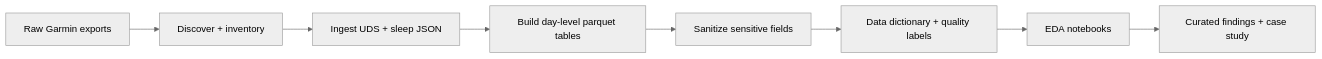
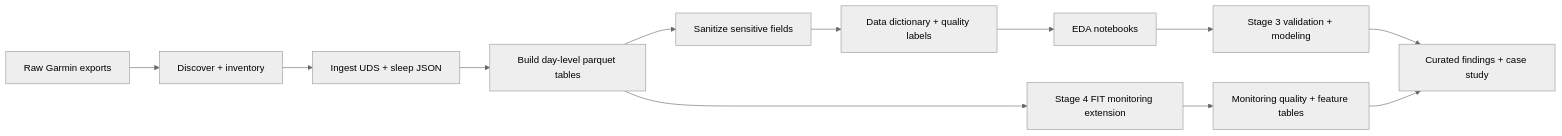
Before and after one commit to AlexBatrakov/wearable-analytics: the diagram in docs/case_study.md, drawn with Mermaid (neutral theme). The commit also changed other lines of this file and 5 other files, not shown here.

Commit message:
docs: add Stage 4 monitoring extension

````diff
--- a/docs/case_study.md
+++ b/docs/case_study.md
@@ -29,10 +30,14 @@
 ```mermaid
 flowchart LR
     A["Raw Garmin exports"] --> B["Discover + inventory"]
     B --> C["Ingest UDS + sleep JSON"]
     C --> D["Build day-level parquet tables"]
     D --> E["Sanitize sensitive fields"]
     E --> F["Data dictionary + quality labels"]
     F --> G["EDA notebooks"]
-    G --> H["Curated findings + case study"]
+    G --> H["Stage 3 validation + modeling"]
+    D --> I["Stage 4 FIT monitoring extension"]
+    I --> J["Monitoring quality + feature tables"]
+    H --> K["Curated findings + case study"]
+    J --> K
 ```
````
